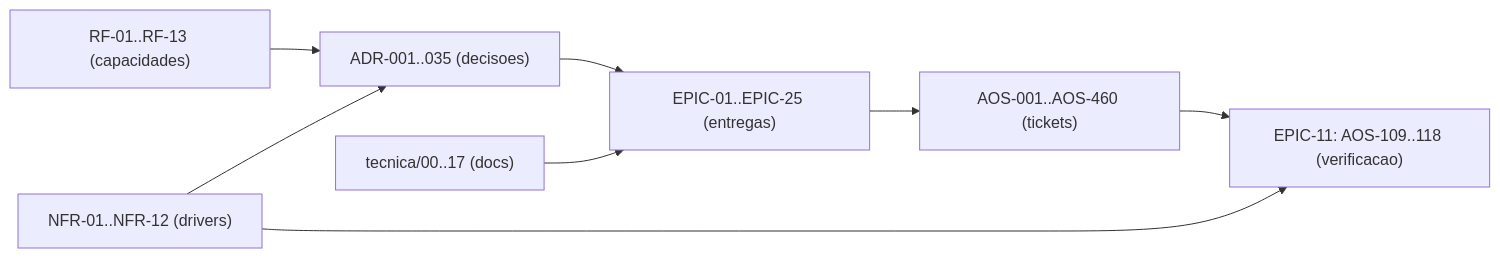
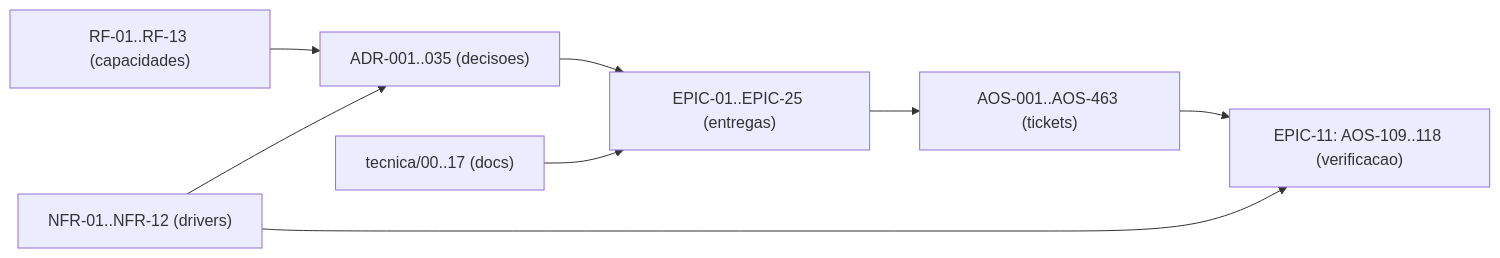
Before and after one commit to albinoJimy/aos: the diagram in tecnica/16_Rastreabilidade_RTM.md, drawn with Mermaid. The commit also changed other lines of this file and 15 other files, not shown here.

````diff
--- a/tecnica/16_Rastreabilidade_RTM.md
+++ b/tecnica/16_Rastreabilidade_RTM.md
@@ -200,10 +200,10 @@
 ```mermaid
 flowchart LR
     RF["RF-01..RF-13 (capacidades)"] --> ADR["ADR-001..035 (decisoes)"]
     NFR["NFR-01..NFR-12 (drivers)"] --> ADR
     ADR --> EPIC["EPIC-01..EPIC-25 (entregas)"]
-    EPIC --> TICK["AOS-001..AOS-460 (tickets)"]
+    EPIC --> TICK["AOS-001..AOS-463 (tickets)"]
     DOC["tecnica/00..17 (docs)"] --> EPIC
     TICK --> TEST["EPIC-11: AOS-109..118 (verificacao)"]
     NFR --> TEST
 ```
````
